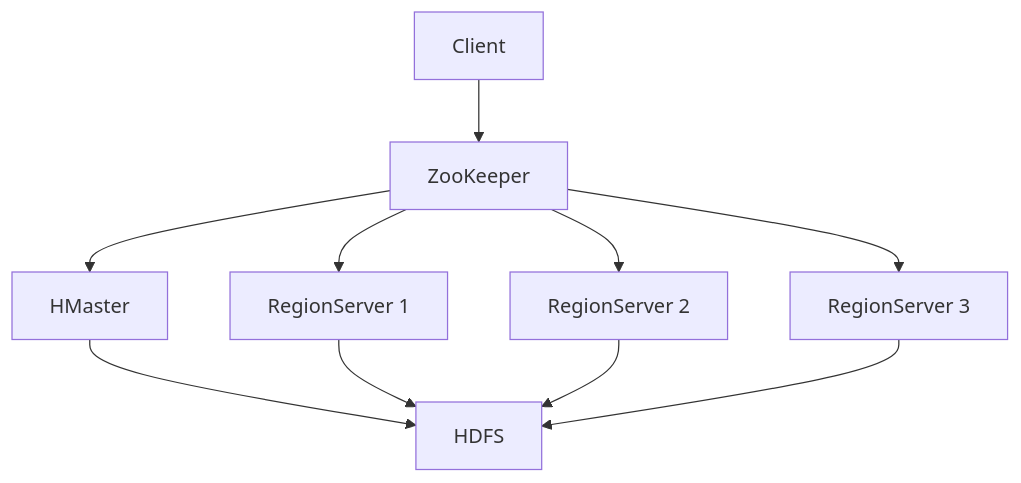
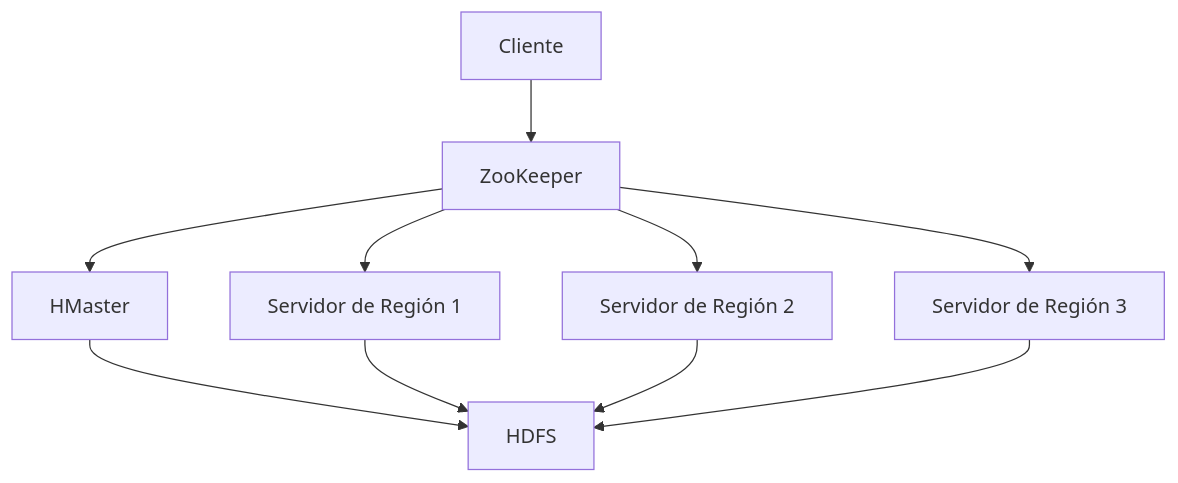
The second of 2 diagrams in Tarea 4/README.md (BrayanUmba/spark), drawn with Mermaid before and after one commit. The commit also changed other lines of this file, not shown here.

````diff
--- a/Tarea 4/README.md
+++ b/Tarea 4/README.md
@@ -74,12 +74,12 @@
 ```mermaid
 graph TD
-    A[Client] --> B[ZooKeeper]
+    A[Cliente] --> B[ZooKeeper]
     B --> C[HMaster]
-    B --> D[RegionServer 1]
-    B --> E[RegionServer 2]
-    B --> F[RegionServer 3]
+    B --> D[Servidor de Región 1]
+    B --> E[Servidor de Región 2]
+    B --> F[Servidor de Región 3]
     C --> G[HDFS]
     D --> G
     E --> G
     F --> G
 ```
````
